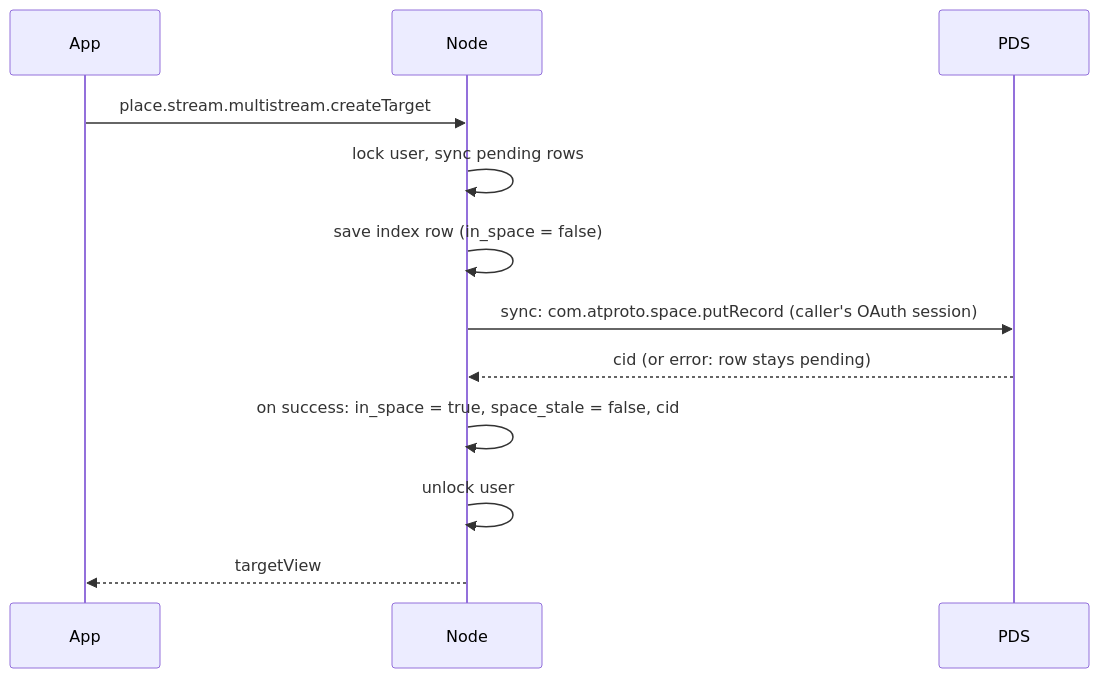
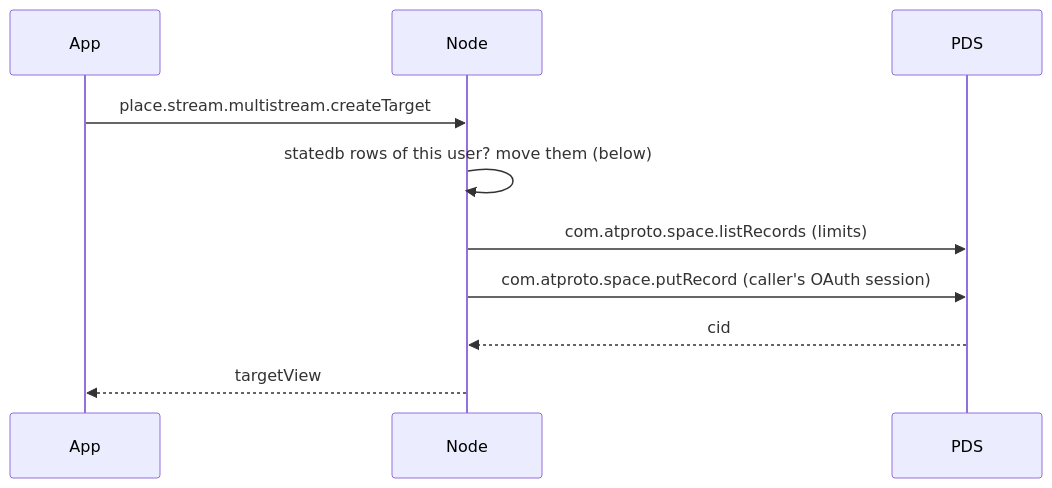
One commit to streamplace/streamplace changed the first of 2 diagrams in docs/spaces.md. Above: the diagram before and after it, drawn with Mermaid. The commit also changed other lines of this file and 19 other files, not shown here.

````diff
--- a/docs/spaces.md
+++ b/docs/spaces.md
@@ -103,14 +105,12 @@
 ```mermaid
 sequenceDiagram
     participant App
     participant Node
     participant PDS
     App->>Node: place.stream.multistream.createTarget
-    Node->>Node: lock user, sync pending rows
-    Node->>Node: save index row (in_space = false)
-    Node->>PDS: sync: com.atproto.space.putRecord (caller's OAuth session)
-    PDS-->>Node: cid (or error: row stays pending)
-    Node->>Node: on success: in_space = true, space_stale = false, cid
-    Node->>Node: unlock user
+    Node->>Node: statedb rows of this user? move them (below)
+    Node->>PDS: com.atproto.space.listRecords (limits)
+    Node->>PDS: com.atproto.space.putRecord (caller's OAuth session)
+    PDS-->>Node: cid
     Node-->>App: targetView
 ```
````
